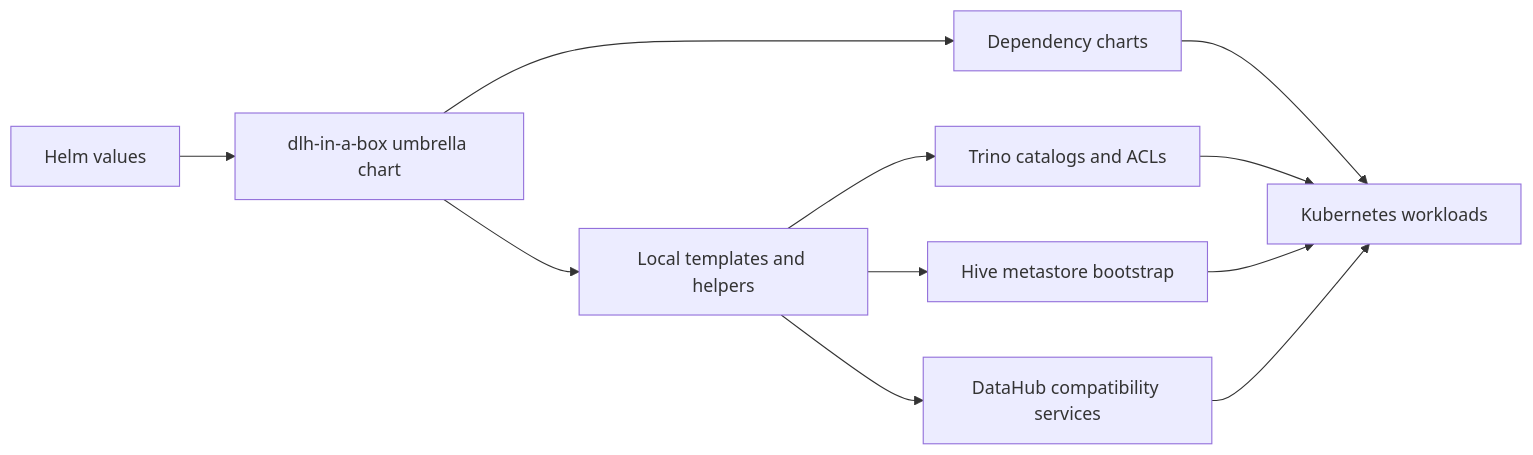
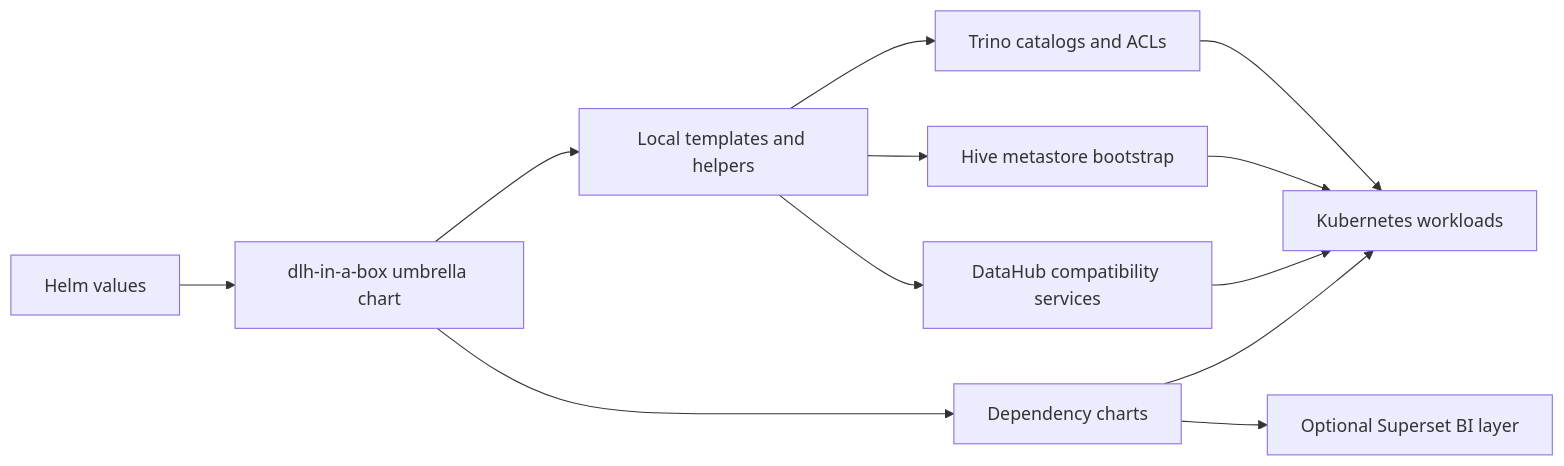
The first of 3 diagrams in charts/dlh-in-a-box/README.md (sanger-pathogens/dlh-in-a-box-umbrella-helm-chart), drawn with Mermaid before and after one commit. The commit also changed other lines of this file and 12 other files, not shown here.

````diff
--- a/charts/dlh-in-a-box/README.md
+++ b/charts/dlh-in-a-box/README.md
@@ -10,15 +10,16 @@
 ```mermaid
 flowchart LR
   Values[Helm values] --> Umbrella[dlh-in-a-box umbrella chart]
   Umbrella --> LocalGlue[Local templates and helpers]
   Umbrella --> Dependencies[Dependency charts]
 
   LocalGlue --> Catalogs[Trino catalogs and ACLs]
   LocalGlue --> HiveBootstrap[Hive metastore bootstrap]
   LocalGlue --> DataHubCompat[DataHub compatibility services]
 
   Dependencies --> Runtime[Kubernetes workloads]
+  Dependencies --> SupersetBI[Optional Superset BI layer]
   Catalogs --> Runtime
   HiveBootstrap --> Runtime
   DataHubCompat --> Runtime
 ```
````
